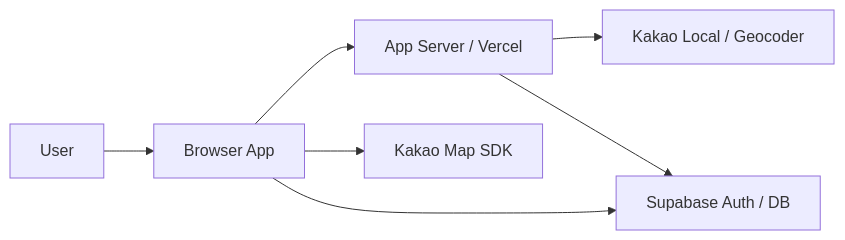
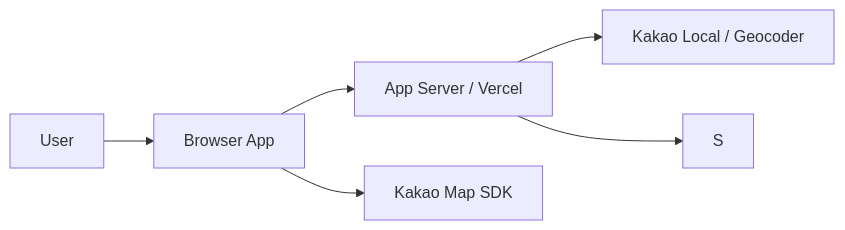
The diagram in docs/02-architecture/system-runtime.md (iamjongmyeong/nurimap), drawn with Mermaid before and after one commit. The commit also changed other lines of this file and 56 other files, not shown here.

Commit message:
feat: move auth and place flows behind backend supabase boundary

````diff
--- a/docs/02-architecture/system-runtime.md
+++ b/docs/02-architecture/system-runtime.md
@@ -26,9 +26,8 @@
 ```mermaid
 flowchart LR
   U["User"] --> B["Browser App"]
   B --> A["App Server / Vercel"]
   B --> K["Kakao Map SDK"]
-  B --> S["Supabase Auth / DB"]
   A --> G["Kakao Local / Geocoder"]
   A --> S
 ```
````
